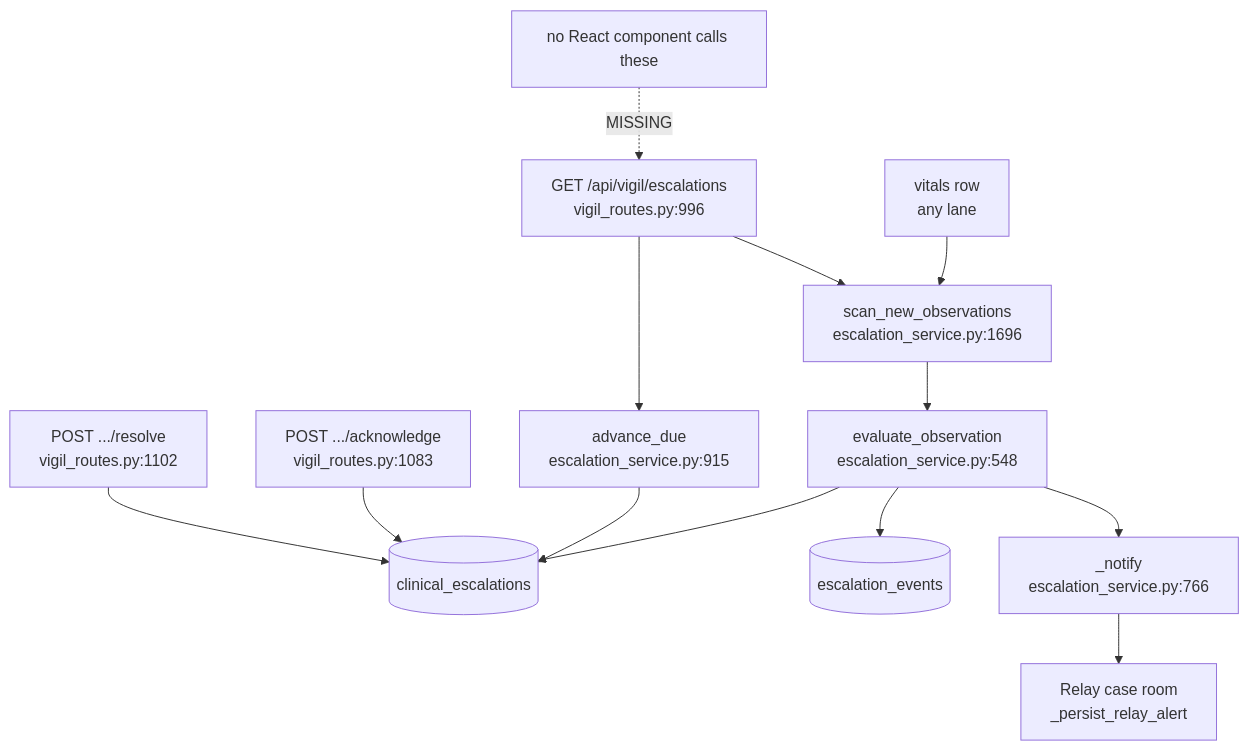
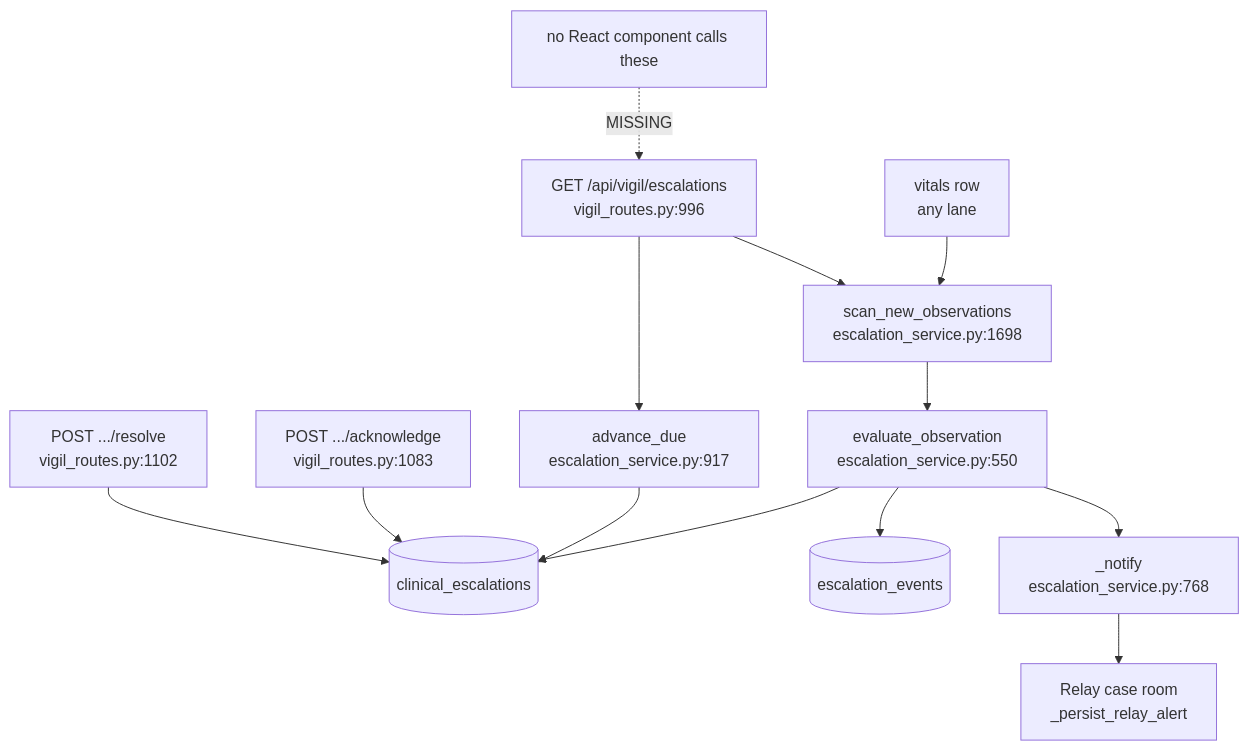
One commit to samuelmorningstar23/Orb changed the first of 2 diagrams in docs/guide/32-escalation-chain.md. Above: the diagram before and after it, drawn with Mermaid. The commit also changed other lines of this file and 135 other files, not shown here.

````diff
--- a/docs/guide/32-escalation-chain.md
+++ b/docs/guide/32-escalation-chain.md
@@ -30,15 +30,15 @@
 ```mermaid
 graph TD
-  V[vitals row<br/>any lane] --> SCAN[scan_new_observations<br/>escalation_service.py:1696]
-  SCAN --> EVAL[evaluate_observation<br/>escalation_service.py:548]
+  V[vitals row<br/>any lane] --> SCAN[scan_new_observations<br/>escalation_service.py:1698]
+  SCAN --> EVAL[evaluate_observation<br/>escalation_service.py:550]
   EVAL --> CE[(clinical_escalations)]
   EVAL --> EV[(escalation_events)]
-  EVAL --> NOTIFY[_notify<br/>escalation_service.py:766]
+  EVAL --> NOTIFY[_notify<br/>escalation_service.py:768]
   NOTIFY --> RELAY[Relay case room<br/>_persist_relay_alert]
-  CLOCK[advance_due<br/>escalation_service.py:915] --> CE
+  CLOCK[advance_due<br/>escalation_service.py:917] --> CE
   READ[GET /api/vigil/escalations<br/>vigil_routes.py:996] --> CLOCK
   READ --> SCAN
   ACK[POST .../acknowledge<br/>vigil_routes.py:1083] --> CE
   RES[POST .../resolve<br/>vigil_routes.py:1102] --> CE
   UI[no React component calls these] -.->|MISSING| READ
 ```
````
